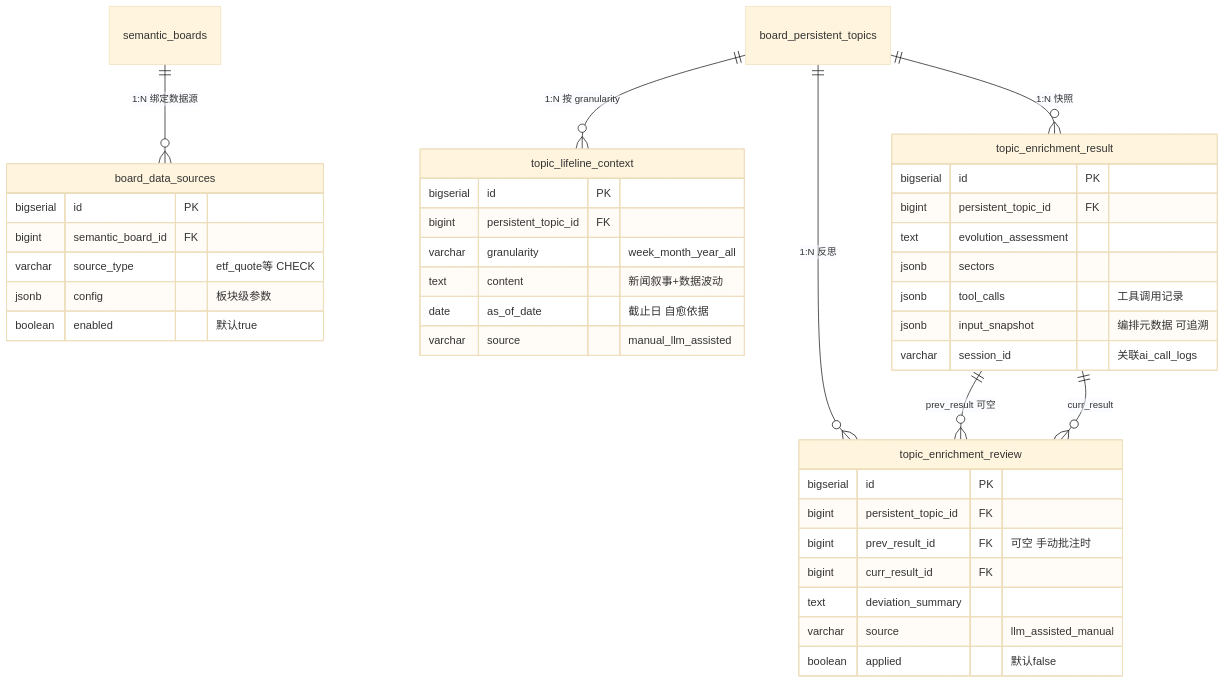
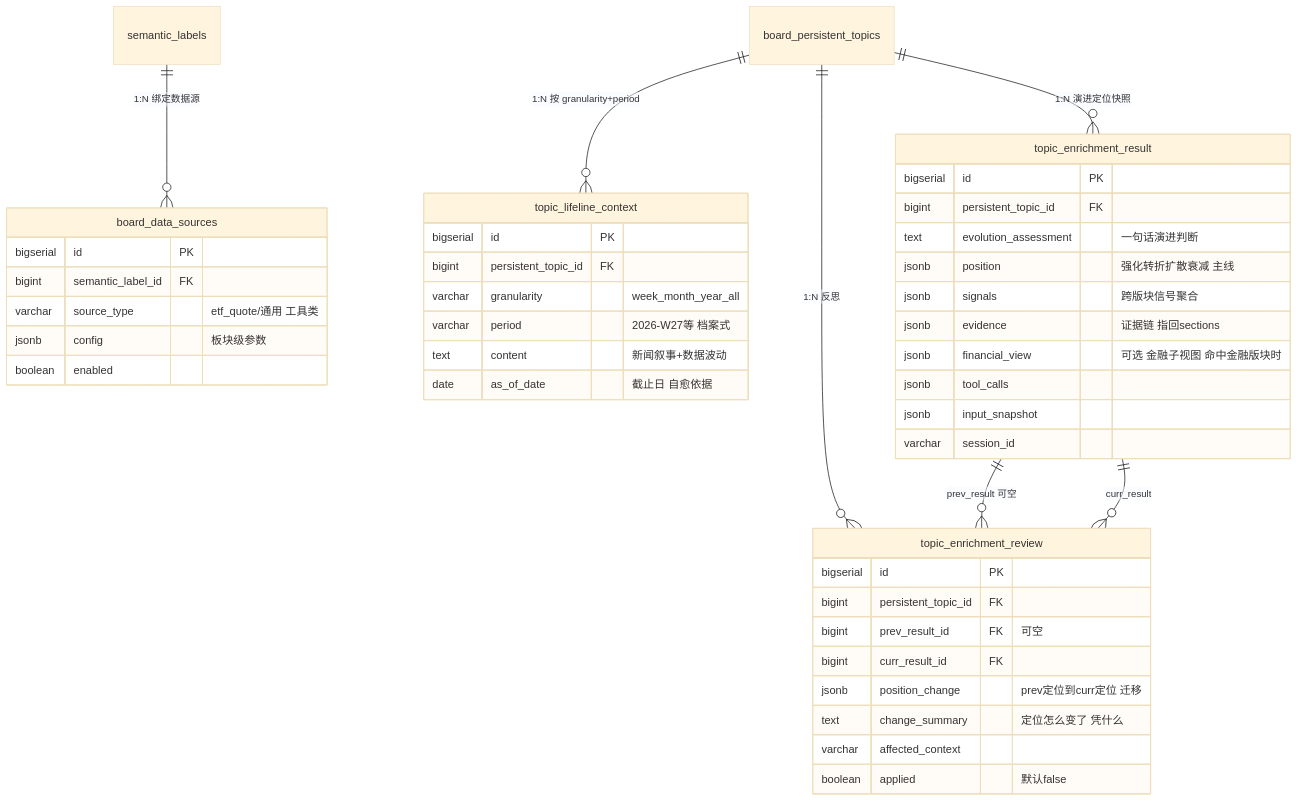
Before and after one commit to ZanebonoAlter/my-robot: the second of 9 diagrams in openspec/changes/data-enrichment-orchestration/overview.md, drawn with Mermaid (base theme). The commit also changed other lines of this file and 31 other files, not shown here.

First line of the commit message:
data-enrichment: 后端演进定位重做 checkpoint（§1-10 + §11.2/11.3/11.1.2）

````diff
--- a/openspec/changes/data-enrichment-orchestration/overview.md
+++ b/openspec/changes/data-enrichment-orchestration/overview.md
@@ -52,43 +95,47 @@
 ```mermaid
 erDiagram
-    semantic_boards ||--o{ board_data_sources : "1:N 绑定数据源"
-    board_persistent_topics ||--o{ topic_lifeline_context : "1:N 按 granularity"
-    board_persistent_topics ||--o{ topic_enrichment_result : "1:N 快照"
+    semantic_labels ||--o{ board_data_sources : "1:N 绑定数据源"
+    board_persistent_topics ||--o{ topic_lifeline_context : "1:N 按 granularity+period"
+    board_persistent_topics ||--o{ topic_enrichment_result : "1:N 演进定位快照"
     board_persistent_topics ||--o{ topic_enrichment_review : "1:N 反思"
     topic_enrichment_result ||--o{ topic_enrichment_review : "prev_result 可空"
     topic_enrichment_result ||--o{ topic_enrichment_review : "curr_result"
 
     board_data_sources {
         bigserial id PK
-        bigint semantic_board_id FK
-        varchar source_type "etf_quote等 CHECK"
+        bigint semantic_label_id FK
+        varchar source_type "etf_quote/通用 工具类"
         jsonb config "板块级参数"
-        boolean enabled "默认true"
+        boolean enabled
     }
     topic_lifeline_context {
         bigserial id PK
         bigint persistent_topic_id FK
         varchar granularity "week_month_year_all"
+        varchar period "2026-W27等 档案式"
         text content "新闻叙事+数据波动"
         date as_of_date "截止日 自愈依据"
-        varchar source "manual_llm_assisted"
     }
     topic_enrichment_result {
         bigserial id PK
         bigint persistent_topic_id FK
-        text evolution_assessment
-        jsonb sectors
-        jsonb tool_calls "工具调用记录"
-        jsonb input_snapshot "编排元数据 可追溯"
-        varchar session_id "关联ai_call_logs"
+        text evolution_assessment "一句话演进判断"
+        jsonb position "强化转折扩散衰减 主线"
+        jsonb signals "跨版块信号聚合"
+        jsonb evidence "证据链 指回sections"
+        jsonb financial_view "可选 金融子视图 命中金融版块时"
+        jsonb tool_calls
+        jsonb input_snapshot
+        varchar session_id
     }
     topic_enrichment_review {
         bigserial id PK
         bigint persistent_topic_id FK
-        bigint prev_result_id FK "可空 手动批注时"
+        bigint prev_result_id FK "可空"
         bigint curr_result_id FK
-        text deviation_summary
-        varchar source "llm_assisted_manual"
+        jsonb position_change "prev定位到curr定位 迁移"
+        text change_summary "定位怎么变了 凭什么"
+        varchar affected_context
         boolean applied "默认false"
     }
 ```
````
